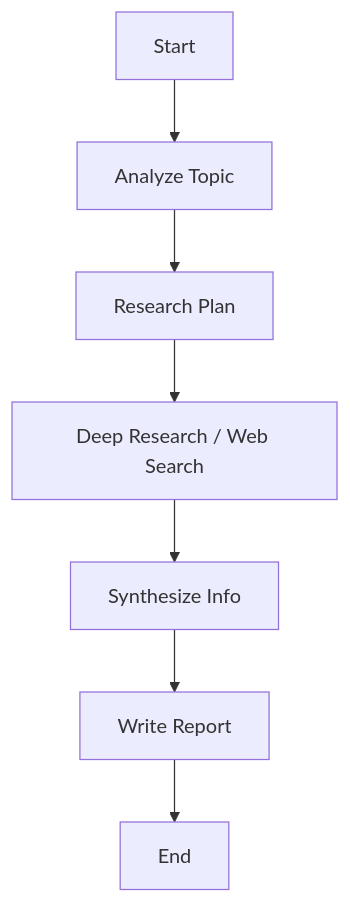
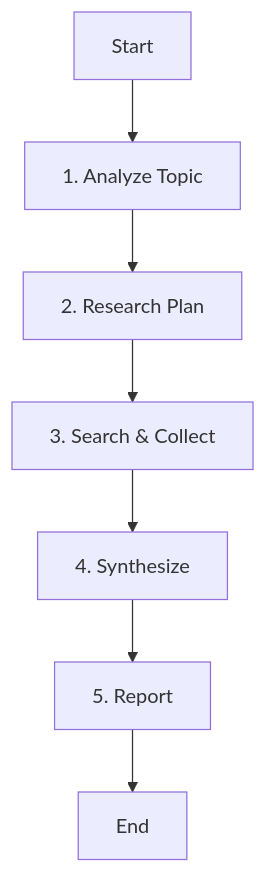
One commit to ksm0709/dotfiles changed the diagram in opencode/config/agent/research-analyst.md. Above: the diagram before and after it, drawn with Mermaid. The commit also changed other lines of this file and 9 other files, not shown here.

````diff
--- a/opencode/config/agent/research-analyst.md
+++ b/opencode/config/agent/research-analyst.md
@@ -37,9 +40,9 @@
 ```mermaid
 graph TD
-    Start[Start] --> Analyze[Analyze Topic]
-    Analyze --> Plan[Research Plan]
-    Plan --> Search[Deep Research / Web Search]
-    Search --> Synthesize[Synthesize Info]
-    Synthesize --> Report[Write Report]
+    Start[Start] --> Analyze[1. Analyze Topic]
+    Analyze --> Plan[2. Research Plan]
+    Plan --> Search[3. Search & Collect]
+    Search --> Synthesize[4. Synthesize]
+    Synthesize --> Report[5. Report]
     Report --> End[End]
 ```
````
